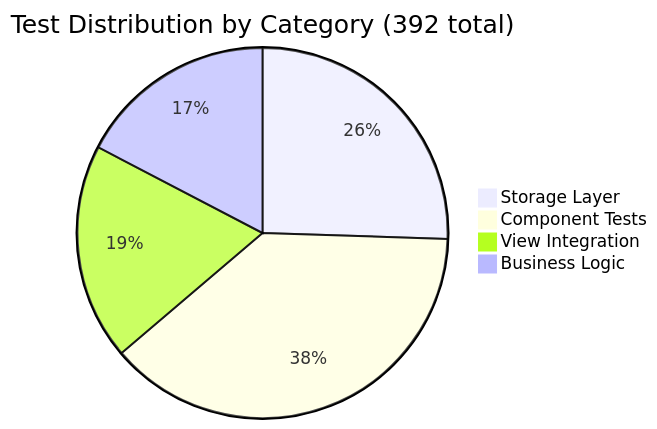
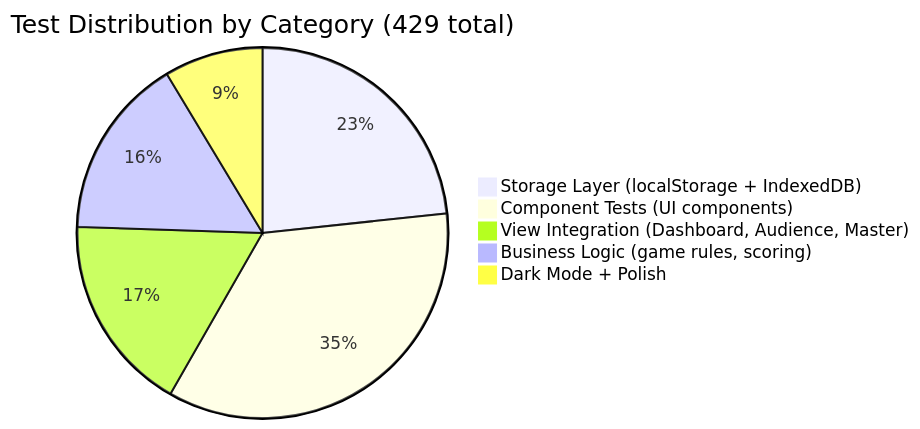
Before and after one commit to rfrowe/the_floor: the fifth of 10 diagrams in docs/analysis/performance-analysis.md, drawn with Mermaid. The commit also changed other lines of this file and 5 other files, not shown here.

First line of the commit message:
docs: complete session analysis with final metrics and DST-adjusted timeline

````diff
--- a/docs/analysis/performance-analysis.md
+++ b/docs/analysis/performance-analysis.md
@@ -315,7 +322,8 @@
 ```mermaid
-pie title Test Distribution by Category (392 total)
-    "Storage Layer" : 100
-    "Component Tests" : 150
-    "View Integration" : 74
-    "Business Logic" : 68
+pie title Test Distribution by Category (429 total)
+    "Storage Layer (localStorage + IndexedDB)" : 100
+    "Component Tests (UI components)" : 150
+    "View Integration (Dashboard, Audience, Master)" : 74
+    "Business Logic (game rules, scoring)" : 68
+    "Dark Mode + Polish" : 37
 ```
````
